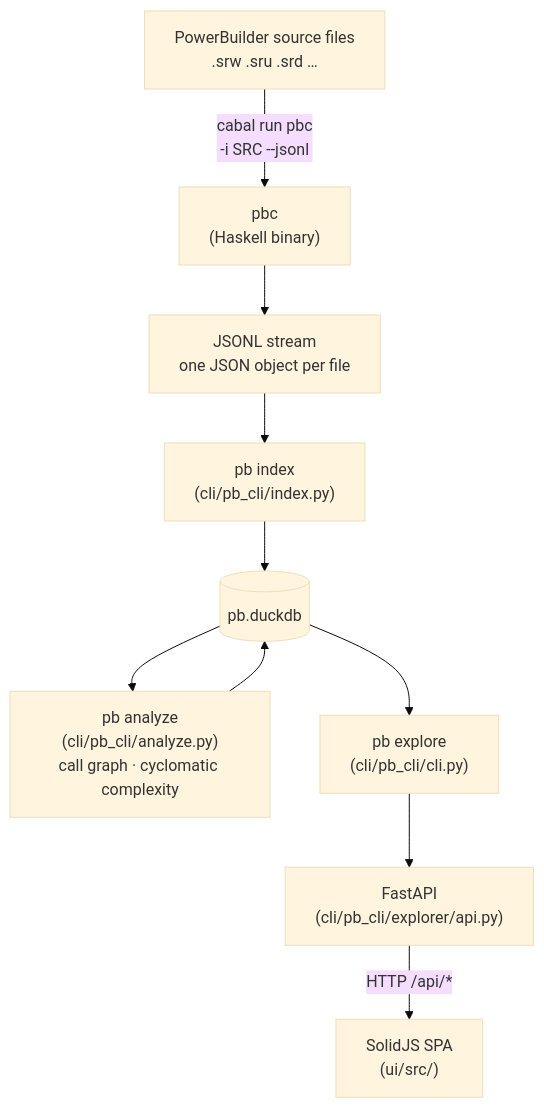
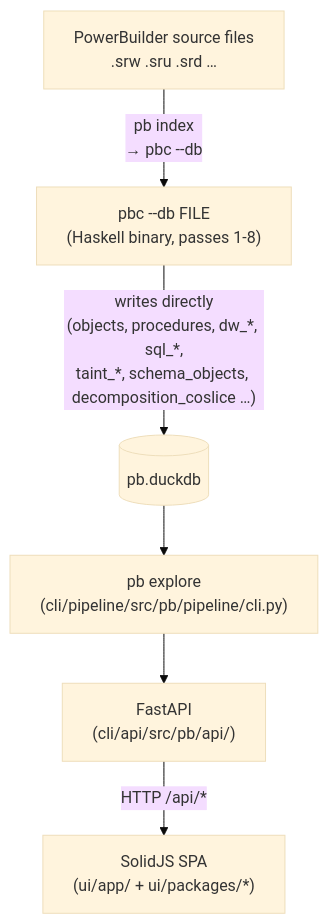
One commit to thomasmarsh/pb changed the first of 2 diagrams in doc/architecture.md. Above: the diagram before and after it, drawn with Mermaid (base theme). The commit also changed other lines of this file and 2 other files, not shown here.

First line of the commit message:
docs(architecture): sync architecture*.md with current repo layout

````diff
--- a/doc/architecture.md
+++ b/doc/architecture.md
@@ -93,22 +75,15 @@
 ```mermaid
 flowchart TD
     SRC["PowerBuilder source files\n.srw .sru .srd …"]
-    RUNNER["pbc\n(Haskell binary)"]
-    JSONL["JSONL stream\none JSON object per file"]
-    INDEX["pb index\n(cli/pb_cli/index.py)"]
+    RUNNER["pbc --db FILE\n(Haskell binary, passes 1-8)"]
     DB[("pb.duckdb")]
-    ANALYZE["pb analyze\n(cli/pb_cli/analyze.py)\ncall graph · cyclomatic complexity"]
-    EXPLORE["pb explore\n(cli/pb_cli/cli.py)"]
-    API["FastAPI\n(cli/pb_cli/explorer/api.py)"]
-    SPA["SolidJS SPA\n(ui/src/)"]
+    EXPLORE["pb explore\n(cli/pipeline/src/pb/pipeline/cli.py)"]
+    API["FastAPI\n(cli/api/src/pb/api/)"]
+    SPA["SolidJS SPA\n(ui/app/ + ui/packages/*)"]
 
-    SRC -->|"cabal run pbc\n-i SRC --jsonl"| RUNNER
-    RUNNER --> JSONL
-    JSONL --> INDEX
-    INDEX --> DB
-    DB --> ANALYZE
-    ANALYZE --> DB
+    SRC -->|"pb index\n→ pbc --db"| RUNNER
+    RUNNER -->|"writes directly\n(objects, procedures, dw_*, sql_*,\ntaint_*, schema_objects, decomposition_coslice …)"| DB
     DB --> EXPLORE
     EXPLORE --> API
     API -->|"HTTP /api/*"| SPA
 ```
````
